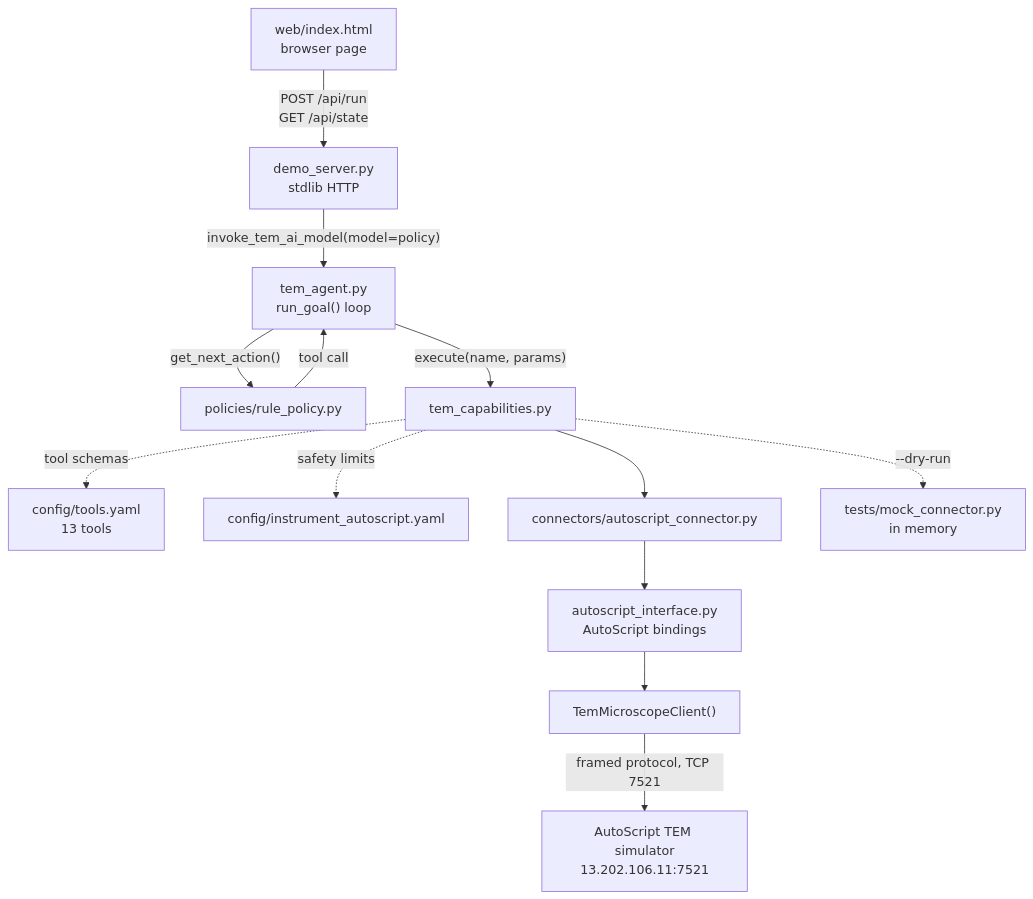
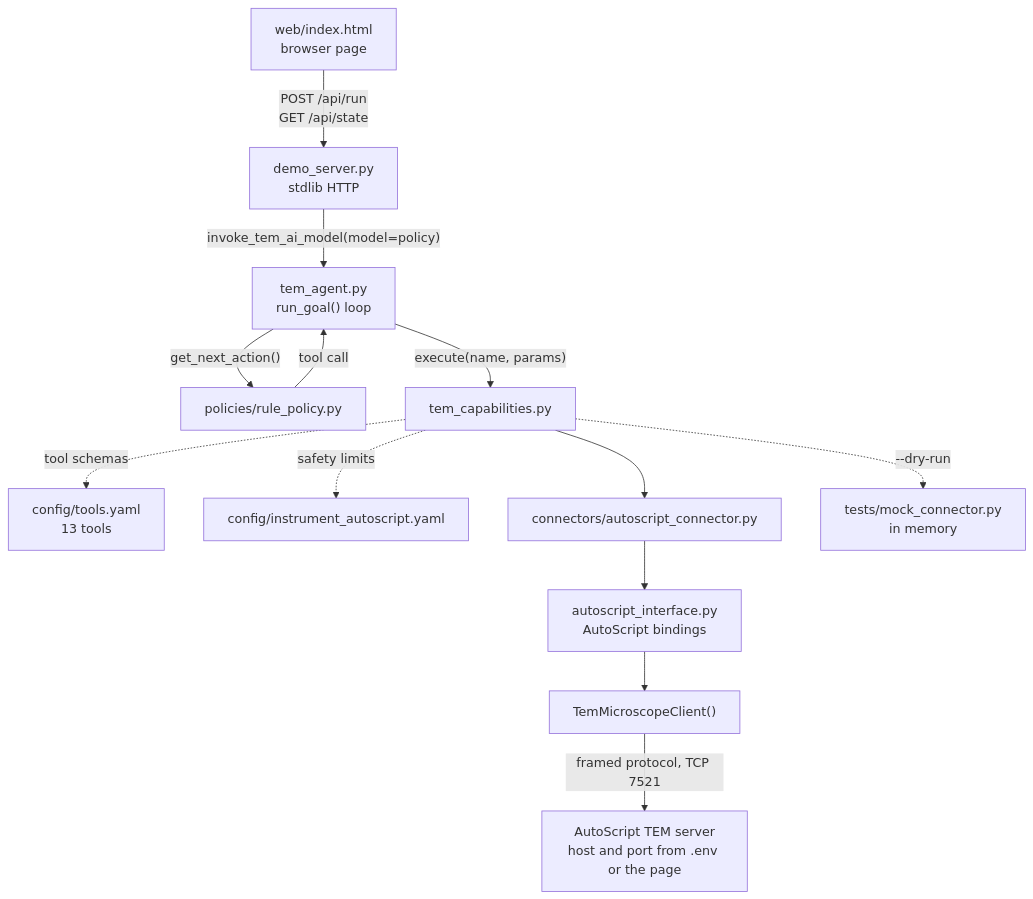
The first of 4 diagrams in DIAGRAMS.md (opensciencestack/tem-agent), drawn with Mermaid before and after one commit. The commit also changed other lines of this file and 1 other file, not shown here.

First line of the commit message:
Point the diagrams at the configured server, not a fixed address

````diff
--- a/DIAGRAMS.md
+++ b/DIAGRAMS.md
@@ -15,15 +15,15 @@
 ```mermaid
 flowchart TD
   UI["web/index.html<br/>browser page"] -->|"POST /api/run<br/>GET /api/state"| SRV["demo_server.py<br/>stdlib HTTP"]
   SRV -->|"invoke_tem_ai_model(model=policy)"| AG["tem_agent.py<br/>run_goal() loop"]
   AG -->|"get_next_action()"| POL["policies/rule_policy.py"]
   POL -->|"tool call"| AG
   AG -->|"execute(name, params)"| CAP["tem_capabilities.py"]
   CAP -.->|"tool schemas"| TOOLS["config/tools.yaml<br/>13 tools"]
   CAP -.->|"safety limits"| LIM["config/instrument_autoscript.yaml"]
   CAP --> CONN["connectors/autoscript_connector.py"]
   CAP -.->|"--dry-run"| MOCK["tests/mock_connector.py<br/>in memory"]
   CONN --> IF["autoscript_interface.py<br/>AutoScript bindings"]
   IF --> CL["TemMicroscopeClient()"]
-  CL -->|"framed protocol, TCP 7521"| SIM["AutoScript TEM simulator<br/>13.202.106.11:7521"]
+  CL -->|"framed protocol, TCP 7521"| SIM["AutoScript TEM server<br/>host and port from .env or the page"]
 ```
````
